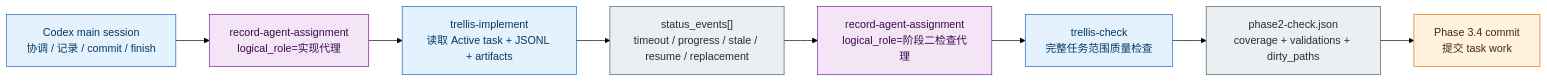
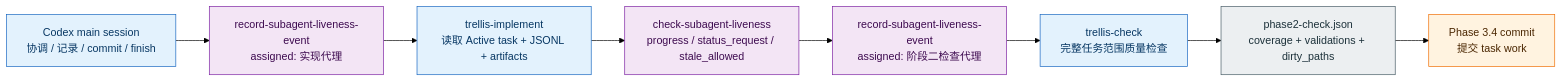
Before and after one commit to castbox/guru-trellis: the fourth of 6 diagrams in docs/requirements/guru-team-trellis-flow.md, drawn with Mermaid (forest theme). The commit also changed other lines of this file and 49 other files, not shown here.

Commit message:
Implement subagent liveness state machine

````diff
--- a/docs/requirements/guru-team-trellis-flow.md
+++ b/docs/requirements/guru-team-trellis-flow.md
@@ -205,18 +208,18 @@
 ```mermaid
 flowchart LR
   Main["Codex main session<br/>协调 / 记录 / commit / finish"]:::codex
-  Assign1["record-agent-assignment<br/>logical_role=实现代理"]:::script
+  Assign1["record-subagent-liveness-event<br/>assigned: 实现代理"]:::script
   Impl["trellis-implement<br/>读取 Active task + JSONL + artifacts"]:::codex
-  Status["status_events[]<br/>timeout / progress / stale / resume / replacement"]:::artifact
-  Assign2["record-agent-assignment<br/>logical_role=阶段二检查代理"]:::script
+  Status["check-subagent-liveness<br/>progress / status_request / stale_allowed"]:::script
+  Assign2["record-subagent-liveness-event<br/>assigned: 阶段二检查代理"]:::script
   Check["trellis-check<br/>完整任务范围质量检查"]:::codex
   Phase2["phase2-check.json<br/>coverage + validations + dirty_paths"]:::artifact
   Commit["Phase 3.4 commit<br/>提交 task work"]:::guru
 
   Main --> Assign1 --> Impl --> Status --> Assign2 --> Check --> Phase2 --> Commit
 
   classDef guru fill:#FFF3E0,stroke:#EF6C00,color:#4A2600;
   classDef codex fill:#E3F2FD,stroke:#1565C0,color:#073763;
   classDef script fill:#F3E5F5,stroke:#7B1FA2,color:#3D0A4F;
   classDef artifact fill:#ECEFF1,stroke:#455A64,color:#1C313A;
 ```
````
